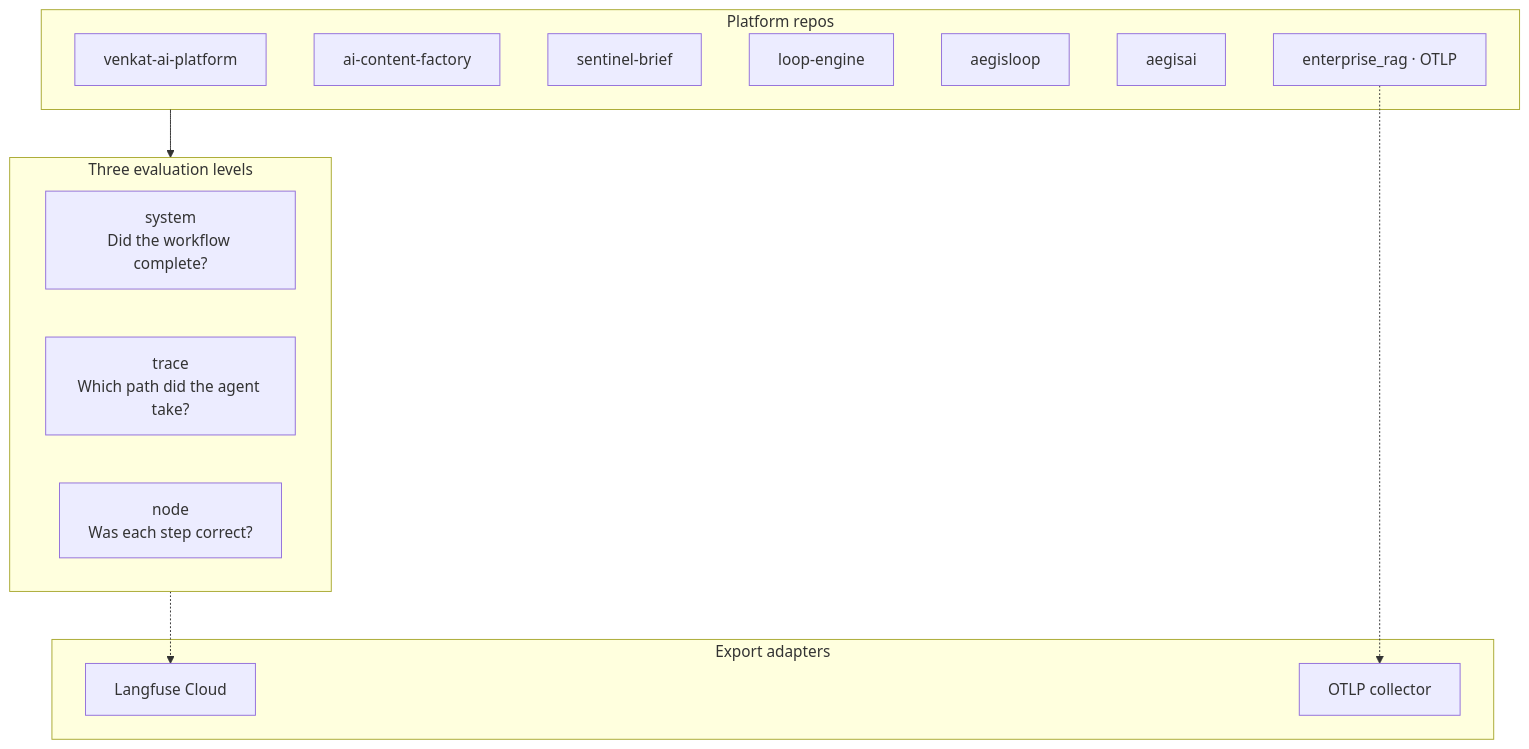
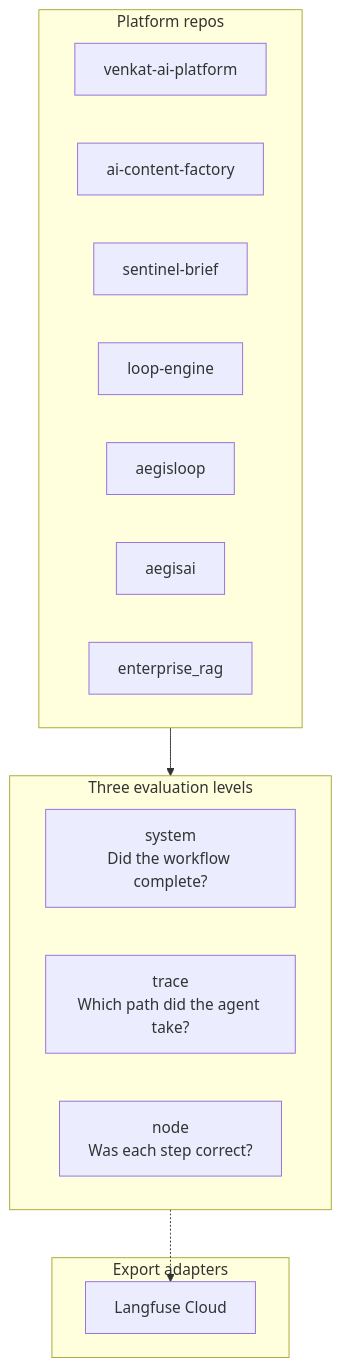
One commit to vpeetla-ai/ai-architecture-portfolio changed the diagram in README.md. Above: the diagram before and after it, drawn with Mermaid. The commit also changed 4 other files, not shown here.

Commit message:
Align Enterprise RAG portfolio docs with Langfuse-only observability.

````diff
--- a/README.md
+++ b/README.md
@@ -65,24 +65,22 @@
 ```mermaid
 flowchart TB
     subgraph Levels["Three evaluation levels"]
         SYS["system<br/>Did the workflow complete?"]
         TR["trace<br/>Which path did the agent take?"]
         ND["node<br/>Was each step correct?"]
     end
     subgraph Platforms["Platform repos"]
         VAP["venkat-ai-platform"]
         ACF["ai-content-factory"]
         SB["sentinel-brief"]
         LF["loop-engine"]
         AL["aegisloop"]
         AEG["aegisai"]
-        ER["enterprise_rag · OTLP"]
+        ER["enterprise_rag"]
     end
     subgraph Export["Export adapters"]
         LANG["Langfuse Cloud"]
-        OTEL["OTLP collector"]
     end
     Platforms --> Levels
     Levels -.-> LANG
-    ER -.-> OTEL
 ```
````
